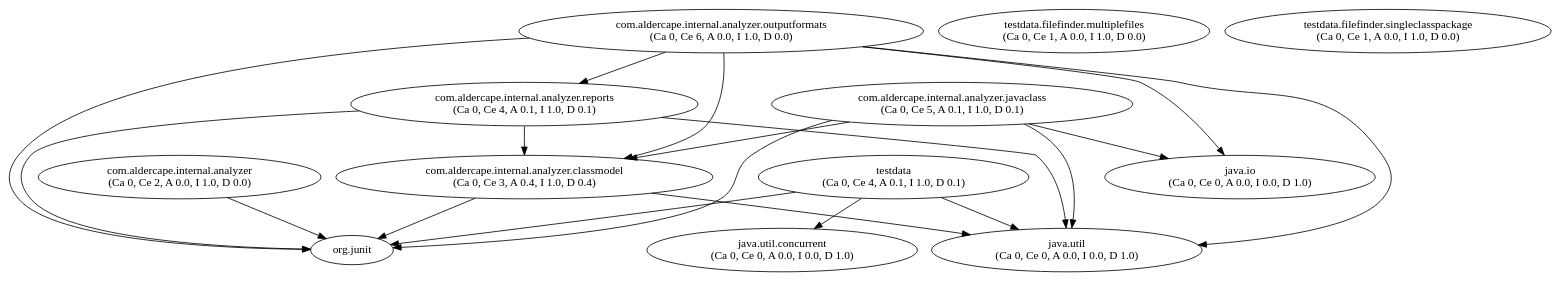
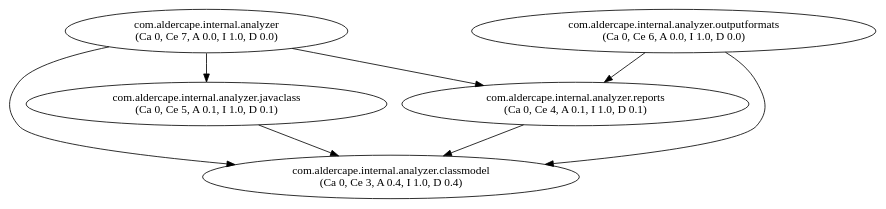
One commit to AlderCape/Analyzer changed the diagram in project.dot. Above: the diagram before and after it, drawn with Graphviz. The commit also changed 12 other files, not shown here.

```diff
--- a/project.dot
+++ b/project.dot
@@ -1,31 +1,14 @@
 digraph G {
-"com.aldercape.internal.analyzer" [label="com.aldercape.internal.analyzer\n(Ca 0, Ce 2, A 0.0, I 1.0, D 0.0)"];
+"com.aldercape.internal.analyzer" [label="com.aldercape.internal.analyzer\n(Ca 0, Ce 7, A 0.0, I 1.0, D 0.0)"];
 "com.aldercape.internal.analyzer.classmodel" [label="com.aldercape.internal.analyzer.classmodel\n(Ca 0, Ce 3, A 0.4, I 1.0, D 0.4)"];
 "com.aldercape.internal.analyzer.javaclass" [label="com.aldercape.internal.analyzer.javaclass\n(Ca 0, Ce 5, A 0.1, I 1.0, D 0.1)"];
 "com.aldercape.internal.analyzer.outputformats" [label="com.aldercape.internal.analyzer.outputformats\n(Ca 0, Ce 6, A 0.0, I 1.0, D 0.0)"];
 "com.aldercape.internal.analyzer.reports" [label="com.aldercape.internal.analyzer.reports\n(Ca 0, Ce 4, A 0.1, I 1.0, D 0.1)"];
-"java.io" [label="java.io\n(Ca 0, Ce 0, A 0.0, I 0.0, D 1.0)"];
-"java.util" [label="java.util\n(Ca 0, Ce 0, A 0.0, I 0.0, D 1.0)"];
-"java.util.concurrent" [label="java.util.concurrent\n(Ca 0, Ce 0, A 0.0, I 0.0, D 1.0)"];
-"testdata" [label="testdata\n(Ca 0, Ce 4, A 0.1, I 1.0, D 0.1)"];
-"testdata.filefinder.multiplefiles" [label="testdata.filefinder.multiplefiles\n(Ca 0, Ce 1, A 0.0, I 1.0, D 0.0)"];
-"testdata.filefinder.singleclasspackage" [label="testdata.filefinder.singleclasspackage\n(Ca 0, Ce 1, A 0.0, I 1.0, D 0.0)"];
-"com.aldercape.internal.analyzer" -> "org.junit";
-"com.aldercape.internal.analyzer.classmodel" -> "java.util";
-"com.aldercape.internal.analyzer.classmodel" -> "org.junit";
+"com.aldercape.internal.analyzer" -> "com.aldercape.internal.analyzer.classmodel";
+"com.aldercape.internal.analyzer" -> "com.aldercape.internal.analyzer.javaclass";
+"com.aldercape.internal.analyzer" -> "com.aldercape.internal.analyzer.reports";
 "com.aldercape.internal.analyzer.javaclass" -> "com.aldercape.internal.analyzer.classmodel";
-"com.aldercape.internal.analyzer.javaclass" -> "java.io";
-"com.aldercape.internal.analyzer.javaclass" -> "java.util";
-"com.aldercape.internal.analyzer.javaclass" -> "org.junit";
 "com.aldercape.internal.analyzer.outputformats" -> "com.aldercape.internal.analyzer.classmodel";
 "com.aldercape.internal.analyzer.outputformats" -> "com.aldercape.internal.analyzer.reports";
-"com.aldercape.internal.analyzer.outputformats" -> "java.io";
-"com.aldercape.internal.analyzer.outputformats" -> "java.util";
-"com.aldercape.internal.analyzer.outputformats" -> "org.junit";
 "com.aldercape.internal.analyzer.reports" -> "com.aldercape.internal.analyzer.classmodel";
-"com.aldercape.internal.analyzer.reports" -> "java.util";
-"com.aldercape.internal.analyzer.reports" -> "org.junit";
-"testdata" -> "java.util";
-"testdata" -> "java.util.concurrent";
-"testdata" -> "org.junit";
 }
```
